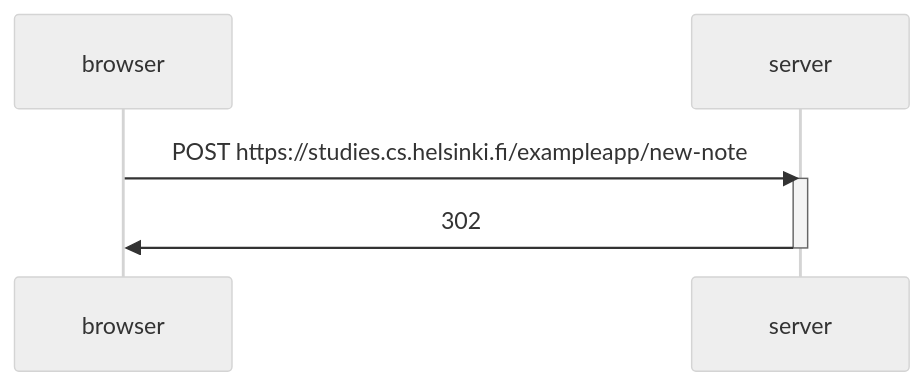
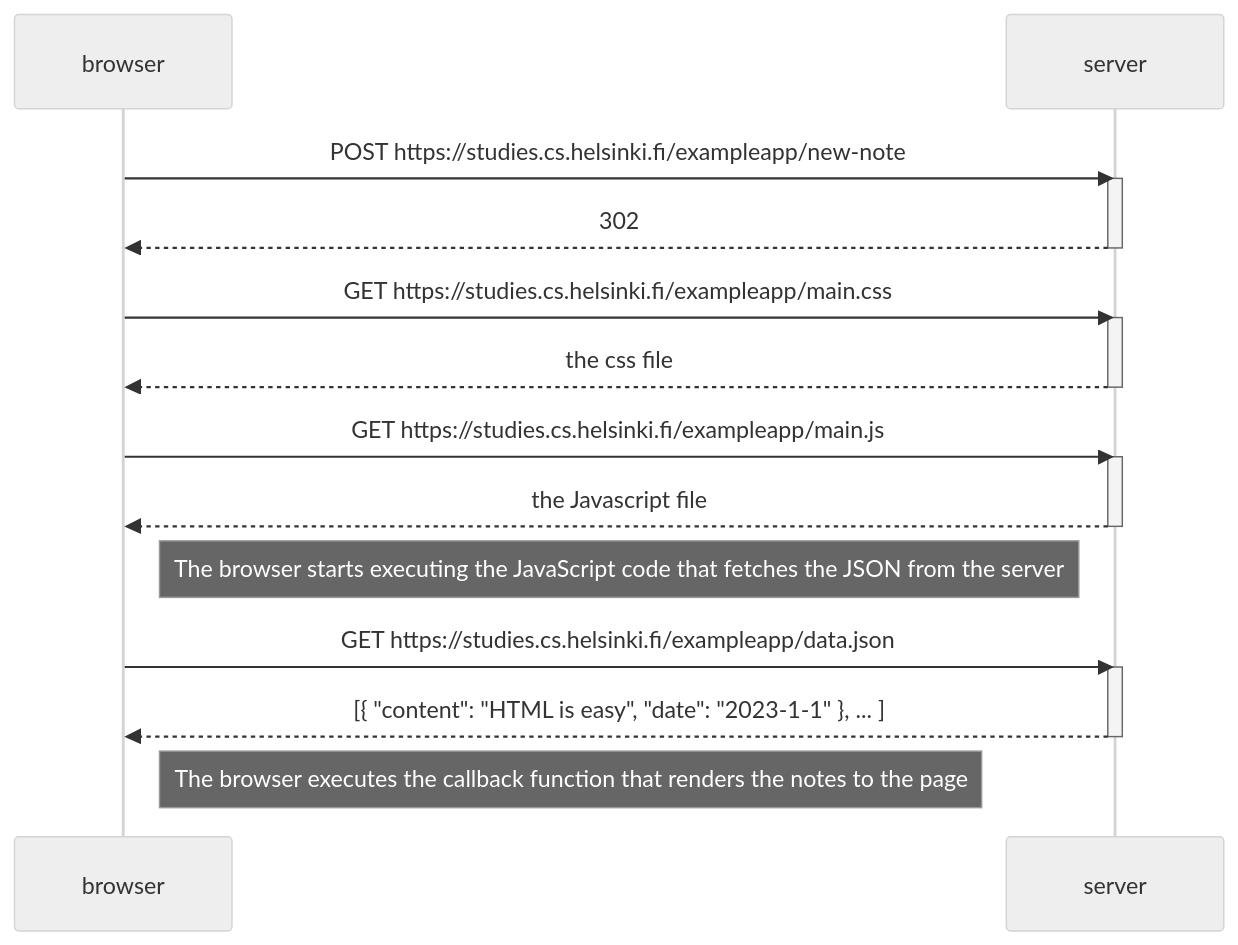
One commit to priyanshudhariwal/fullstackopen changed the diagram in part0/newnotediagram/diag.md. Above: the diagram before and after it, drawn with Mermaid (neutral theme).

Commit message:
finished exercise 0.4

````diff
--- a/part0/newnotediagram/diag.md
+++ b/part0/newnotediagram/diag.md
@@ -1,11 +1,30 @@
 ```mermaid
     sequenceDiagram
     participant browser
     participant server
 
     browser->>server: POST https://studies.cs.helsinki.fi/exampleapp/new-note
     activate server
-    server->>browser: 302
+    server-->>browser: 302
     deactivate server
+
+    browser->>server: GET https://studies.cs.helsinki.fi/exampleapp/main.css
+    activate server
+    server-->>browser: the css file
+    deactivate server
+
+    browser->>server: GET https://studies.cs.helsinki.fi/exampleapp/main.js
+    activate server
+    server-->>browser: the Javascript file
+    deactivate server
+
+    Note right of browser: The browser starts executing the JavaScript code that fetches the JSON from the server
+
+    browser->>server: GET https://studies.cs.helsinki.fi/exampleapp/data.json
+    activate server
+    server-->>browser: [{ "content": "HTML is easy", "date": "2023-1-1" }, ... ]
+    deactivate server
+
+    Note right of browser: The browser executes the callback function that renders the notes to the page
     
 ```
````
